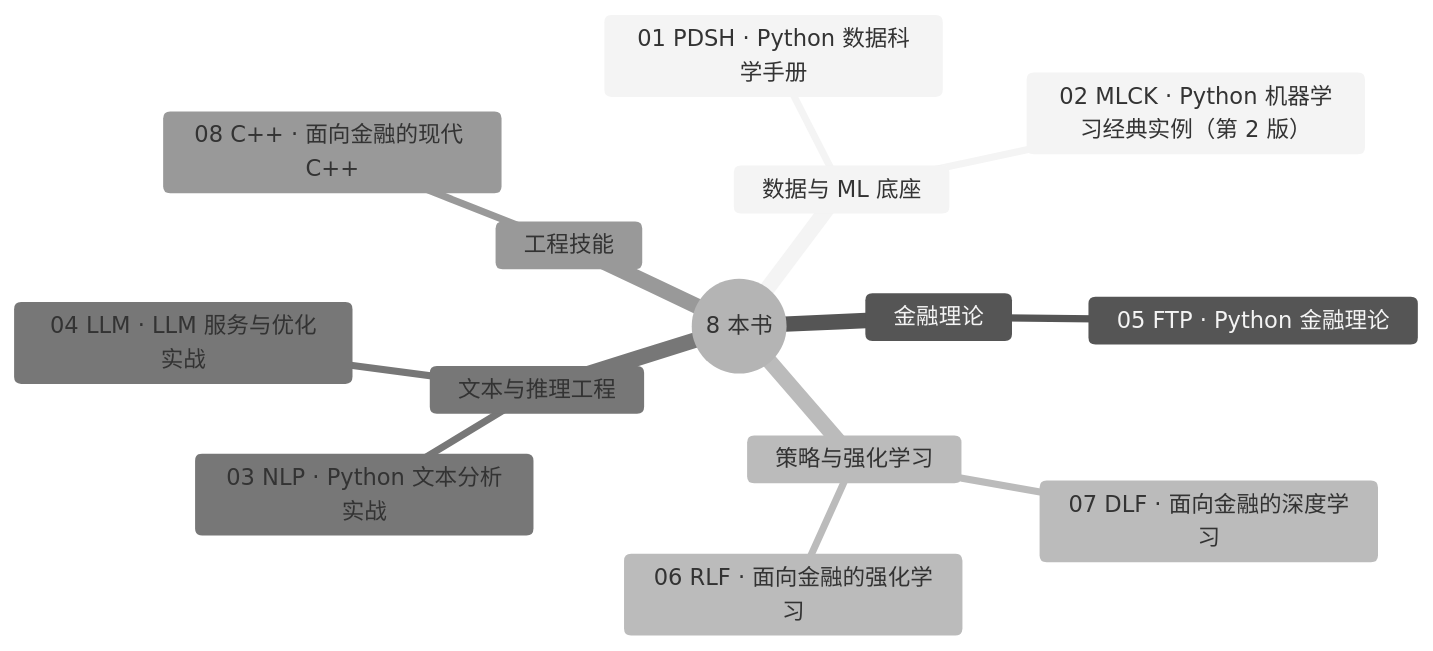
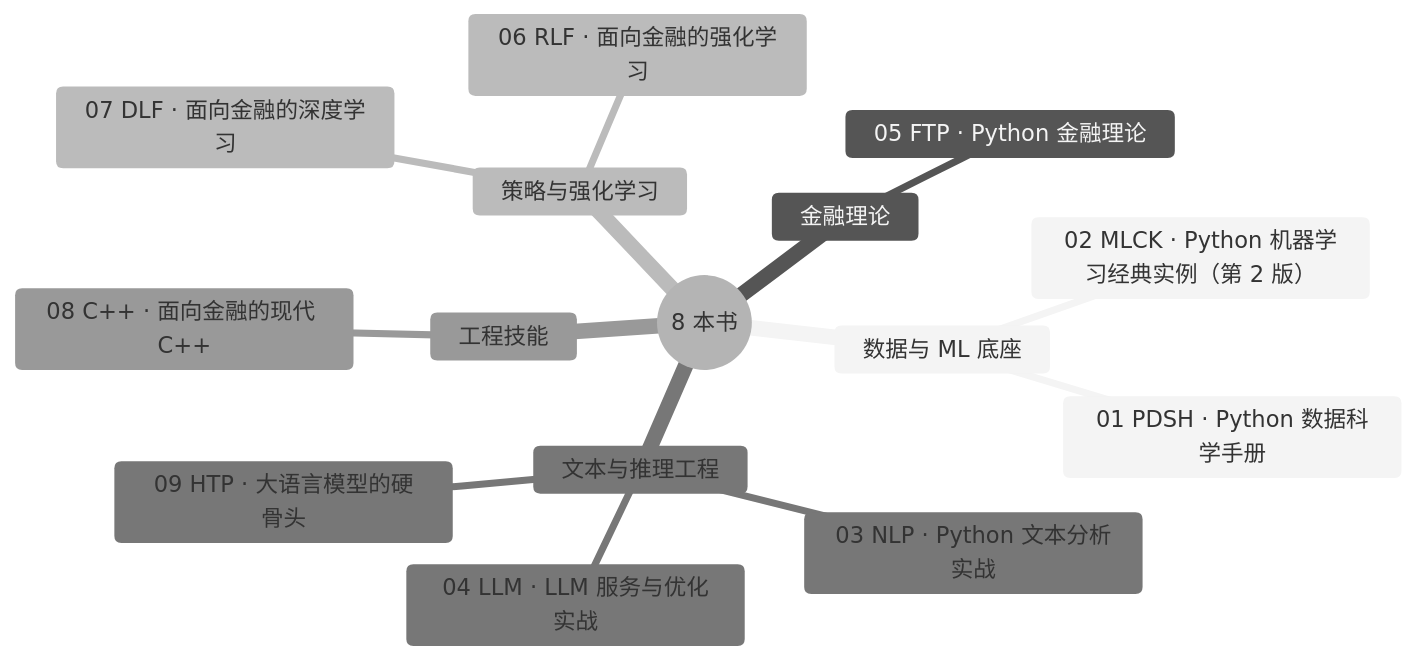
The diagram in mindmap/books-mindmap.md (JACOB0876/dsh-study), drawn with Mermaid (neutral theme) before and after one commit. The commit also changed other lines of this file and 12 other files, not shown here.

Commit message:
feat: 接入第 9 本《LLM: The Hard Parts》- 章节索引 + 书目卡 + 导图/课程 + 插件 0.6.0

````diff
--- a/mindmap/books-mindmap.md
+++ b/mindmap/books-mindmap.md
@@ -6,17 +6,18 @@
 ```mermaid
 mindmap
   root((8 本书))
     数据与 ML 底座
       01 PDSH · Python 数据科学手册
       02 MLCK · Python 机器学习经典实例（第 2 版）
     金融理论
       05 FTP · Python 金融理论
     策略与强化学习
       06 RLF · 面向金融的强化学习
       07 DLF · 面向金融的深度学习
     文本与推理工程
       03 NLP · Python 文本分析实战
       04 LLM · LLM 服务与优化实战
+      09 HTP · 大语言模型的硬骨头
     工程技能
       08 C++ · 面向金融的现代 C++
 ```
````
